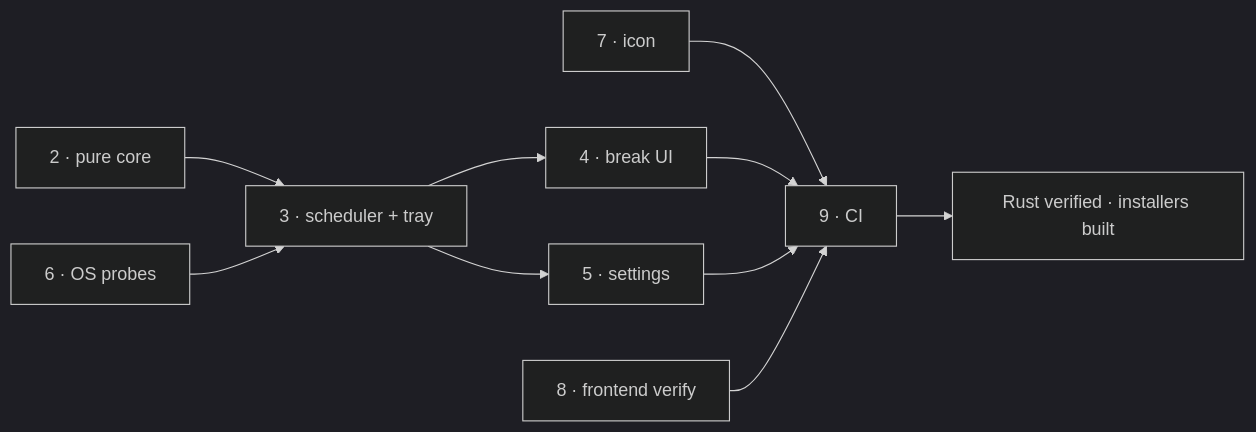
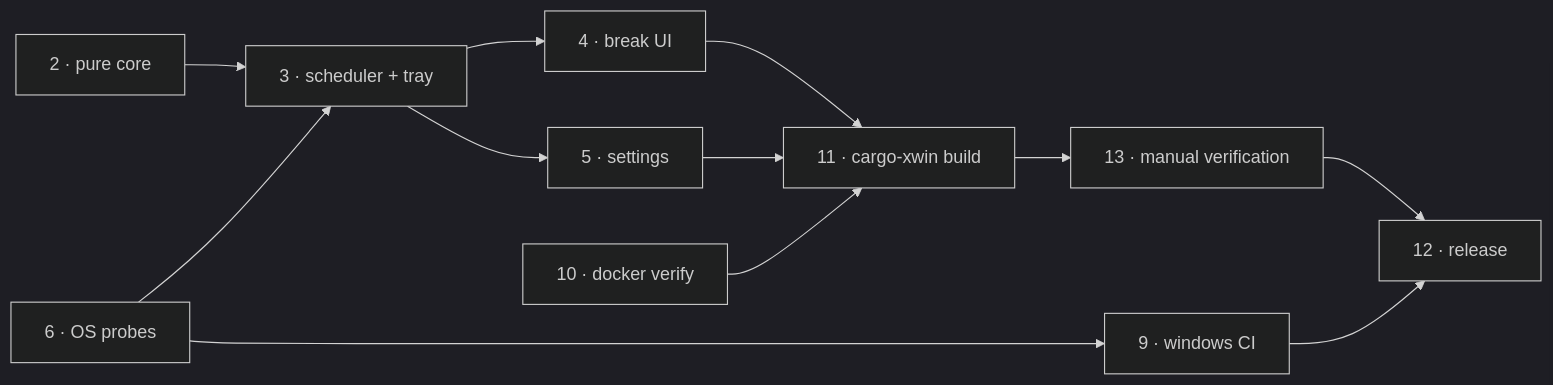
One commit to the-khiem7/IRYS-desktop changed the diagram in docs/baseline/irys-desktop-app/irys-desktop-app.roadmap.md. Above: the diagram before and after it, drawn with Mermaid (dark theme). The commit also changed other lines of this file and 4 other files, not shown here.

````diff
--- a/docs/baseline/irys-desktop-app/irys-desktop-app.roadmap.md
+++ b/docs/baseline/irys-desktop-app/irys-desktop-app.roadmap.md
@@ -30,12 +36,14 @@
 ```mermaid
 flowchart LR
     P2["2 · pure core"] --> P3["3 · scheduler + tray"]
     P6["6 · OS probes"] --> P3
     P3 --> P4["4 · break UI"]
     P3 --> P5["5 · settings"]
-    P7["7 · icon"] --> P9["9 · CI"]
-    P4 --> P9
-    P5 --> P9
-    P8["8 · frontend verify"] --> P9
-    P9 --> GATE["Rust verified · installers built"]
+    P10["10 · docker verify"] --> P11["11 · cargo-xwin build"]
+    P4 --> P11
+    P5 --> P11
+    P11 --> P13["13 · manual verification"]
+    P6 --> P9["9 · windows CI"]
+    P9 --> P12["12 · release"]
+    P13 --> P12
 ```
````
